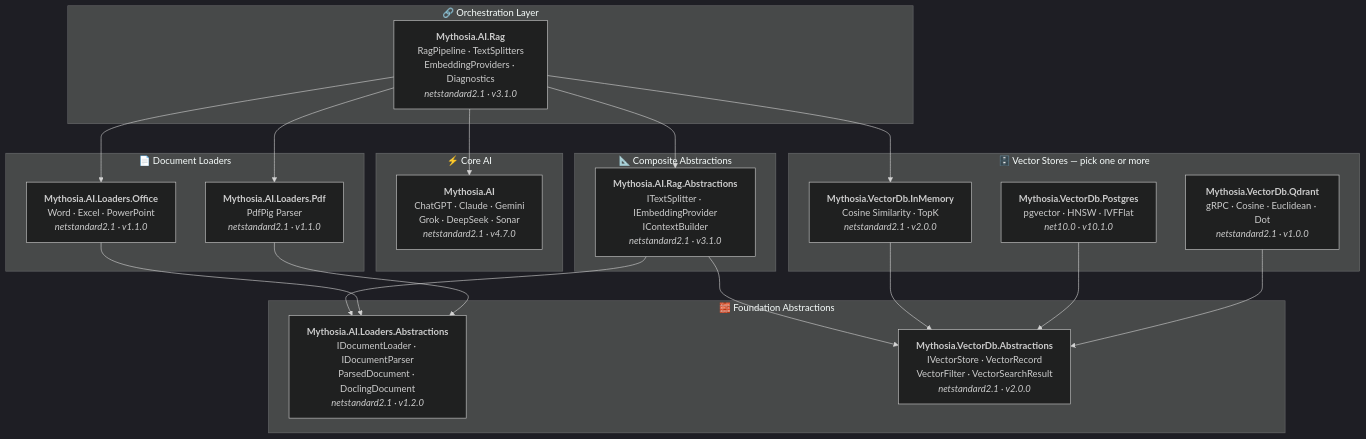
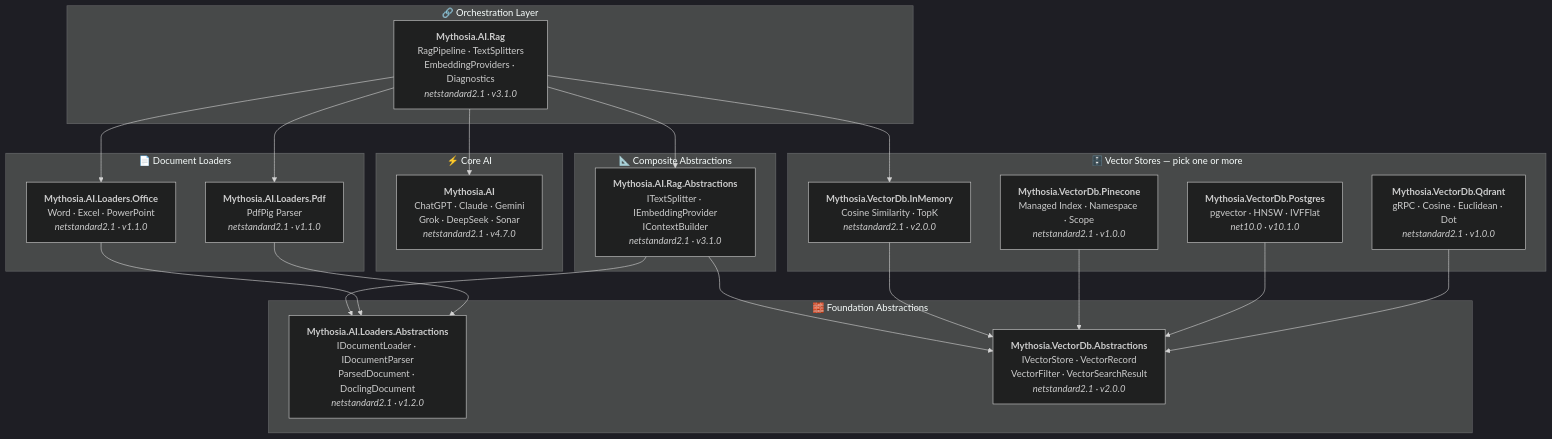
One commit to AJ-comp/Mythosia.AI changed the diagram in README.md. Above: the diagram before and after it, drawn with Mermaid (dark theme). The commit also changed other lines of this file and 54 other files, not shown here.

First line of the commit message:
feat: add Pinecone vector store & reorganize RAG projects into rag/ directory

````diff
--- a/README.md
+++ b/README.md
@@ -55,50 +56,52 @@
 ```mermaid
 graph TD
     subgraph "🔗 Orchestration Layer"
         Rag["<b>Mythosia.AI.Rag</b><br/>RagPipeline · TextSplitters<br/>EmbeddingProviders · Diagnostics<br/><i>netstandard2.1 · v3.1.0</i>"]
     end
 
     subgraph "📐 Composite Abstractions"
         RagAbs["<b>Mythosia.AI.Rag.Abstractions</b><br/>ITextSplitter · IEmbeddingProvider<br/>IContextBuilder<br/><i>netstandard2.1 · v3.1.0</i>"]
     end
 
     subgraph "⚡ Core AI"
         AI["<b>Mythosia.AI</b><br/>ChatGPT · Claude · Gemini<br/>Grok · DeepSeek · Sonar<br/><i>netstandard2.1 · v4.7.0</i>"]
     end
 
     subgraph "📄 Document Loaders"
         Office["<b>Mythosia.AI.Loaders.Office</b><br/>Word · Excel · PowerPoint<br/><i>netstandard2.1 · v1.1.0</i>"]
         Pdf["<b>Mythosia.AI.Loaders.Pdf</b><br/>PdfPig Parser<br/><i>netstandard2.1 · v1.1.0</i>"]
     end
 
     subgraph "🗄️ Vector Stores — pick one or more"
         InMem["<b>Mythosia.VectorDb.InMemory</b><br/>Cosine Similarity · TopK<br/><i>netstandard2.1 · v2.0.0</i>"]
+        Pine["<b>Mythosia.VectorDb.Pinecone</b><br/>Managed Index · Namespace · Scope<br/><i>netstandard2.1 · v1.0.0</i>"]
         Pg["<b>Mythosia.VectorDb.Postgres</b><br/>pgvector · HNSW · IVFFlat<br/><i>net10.0 · v10.1.0</i>"]
         Qd["<b>Mythosia.VectorDb.Qdrant</b><br/>gRPC · Cosine · Euclidean · Dot<br/><i>netstandard2.1 · v1.0.0</i>"]
     end
 
     subgraph "🧱 Foundation Abstractions"
         LoaderAbs["<b>Mythosia.AI.Loaders.Abstractions</b><br/>IDocumentLoader · IDocumentParser<br/>ParsedDocument · DoclingDocument<br/><i>netstandard2.1 · v1.2.0</i>"]
         VdbAbs["<b>Mythosia.VectorDb.Abstractions</b><br/>IVectorStore · VectorRecord<br/>VectorFilter · VectorSearchResult<br/><i>netstandard2.1 · v2.0.0</i>"]
     end
 
     %% Orchestration → dependencies
     Rag --> RagAbs
     Rag --> AI
     Rag --> Office
     Rag --> Pdf
     Rag --> InMem
 
     %% Composite → Foundation
     RagAbs --> LoaderAbs
     RagAbs --> VdbAbs
 
     %% Loaders → Foundation
     Office --> LoaderAbs
     Pdf --> LoaderAbs
 
     %% VectorStores → Foundation
     InMem --> VdbAbs
+    Pine --> VdbAbs
     Pg --> VdbAbs
     Qd --> VdbAbs
 ```
````
